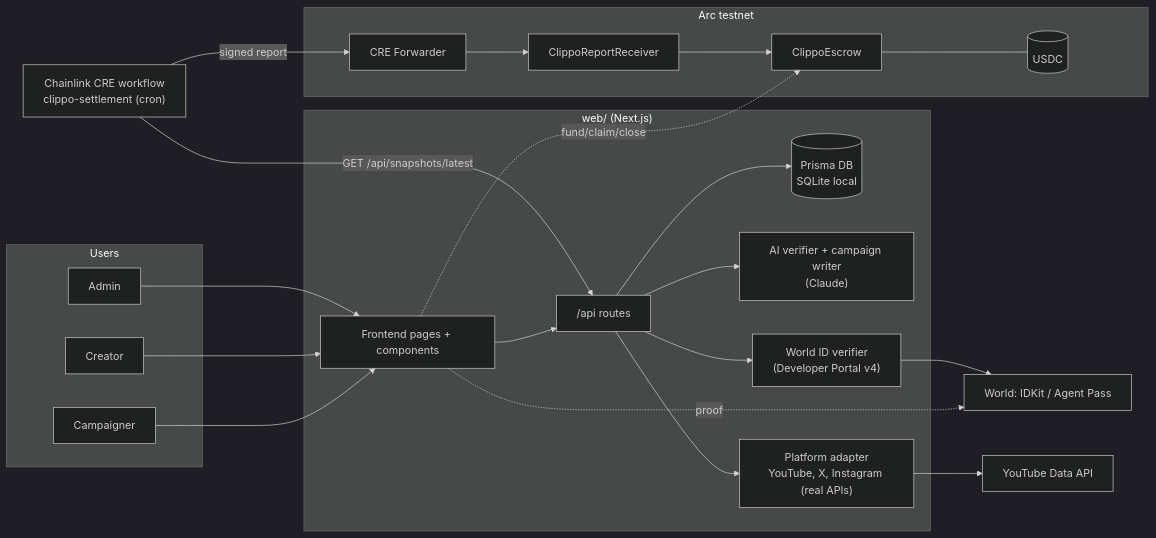
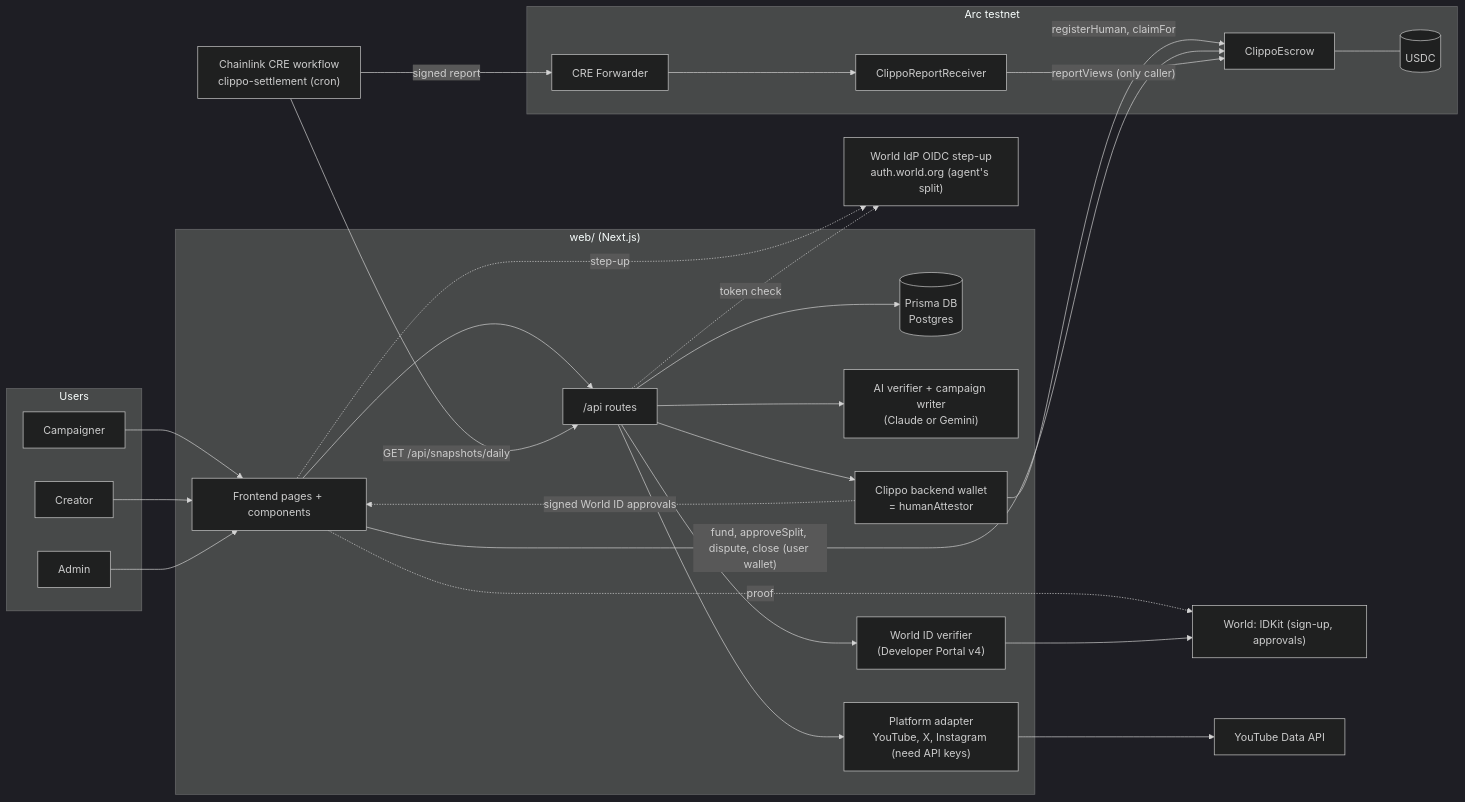
One commit to Tan0610/Clippo_EthMumbai changed the first of 3 diagrams in docs/ARCHITECTURE.md. Above: the diagram before and after it, drawn with Mermaid (dark theme). The commit also changed other lines of this file and 25 other files, not shown here.

````diff
--- a/docs/ARCHITECTURE.md
+++ b/docs/ARCHITECTURE.md
@@ -5,37 +5,44 @@
 ```mermaid
 flowchart LR
   subgraph Users
     CAMP[Campaigner]
     CRE_USER[Creator]
     ADM[Admin]
   end
   subgraph Web["web/ (Next.js)"]
     UI[Frontend pages + components]
     API["/api routes"]
-    DB[(Prisma DB<br/>SQLite local)]
-    AI["AI verifier + campaign writer<br/>(Claude)"]
+    DB[(Prisma DB<br/>Postgres)]
+    AI["AI verifier + campaign writer<br/>(Claude or Gemini)"]
     WID["World ID verifier<br/>(Developer Portal v4)"]
-    PLAT["Platform adapter<br/>YouTube, X, Instagram (real APIs)"]
+    PLAT["Platform adapter<br/>YouTube, X, Instagram (need API keys)"]
+    ATT["Clippo backend wallet<br/>= humanAttestor"]
   end
   subgraph Arc["Arc testnet"]
     ESC[ClippoEscrow]
     RCV[ClippoReportReceiver]
     USDC[(USDC)]
     FWD[CRE Forwarder]
   end
   CRE["Chainlink CRE workflow<br/>clippo-settlement (cron)"]
-  WORLD["World: IDKit / Agent Pass"]
+  WORLD["World: IDKit (sign-up, approvals)"]
+  IDP["World IdP OIDC step-up<br/>auth.world.org (agent's split)"]
   YT[YouTube Data API]
 
   CAMP & CRE_USER & ADM --> UI
   UI --> API
   API --> DB
   API --> AI
   API --> PLAT --> YT
   UI -. proof .-> WORLD
+  UI -. step-up .-> IDP
   API --> WID --> WORLD
-  UI -. "fund/claim/close" .-> ESC
+  API -. token check .-> IDP
+  API --> ATT
+  ATT -- "registerHuman, claimFor" --> ESC
+  ATT -. "signed World ID approvals" .-> UI
+  UI -- "fund, approveSplit, dispute, close (user wallet)" --> ESC
   ESC --- USDC
-  CRE -- "GET /api/snapshots/latest" --> API
-  CRE -- "signed report" --> FWD --> RCV --> ESC
+  CRE -- "GET /api/snapshots/daily" --> API
+  CRE -- "signed report" --> FWD --> RCV -- "reportViews (only caller)" --> ESC
 ```
````
